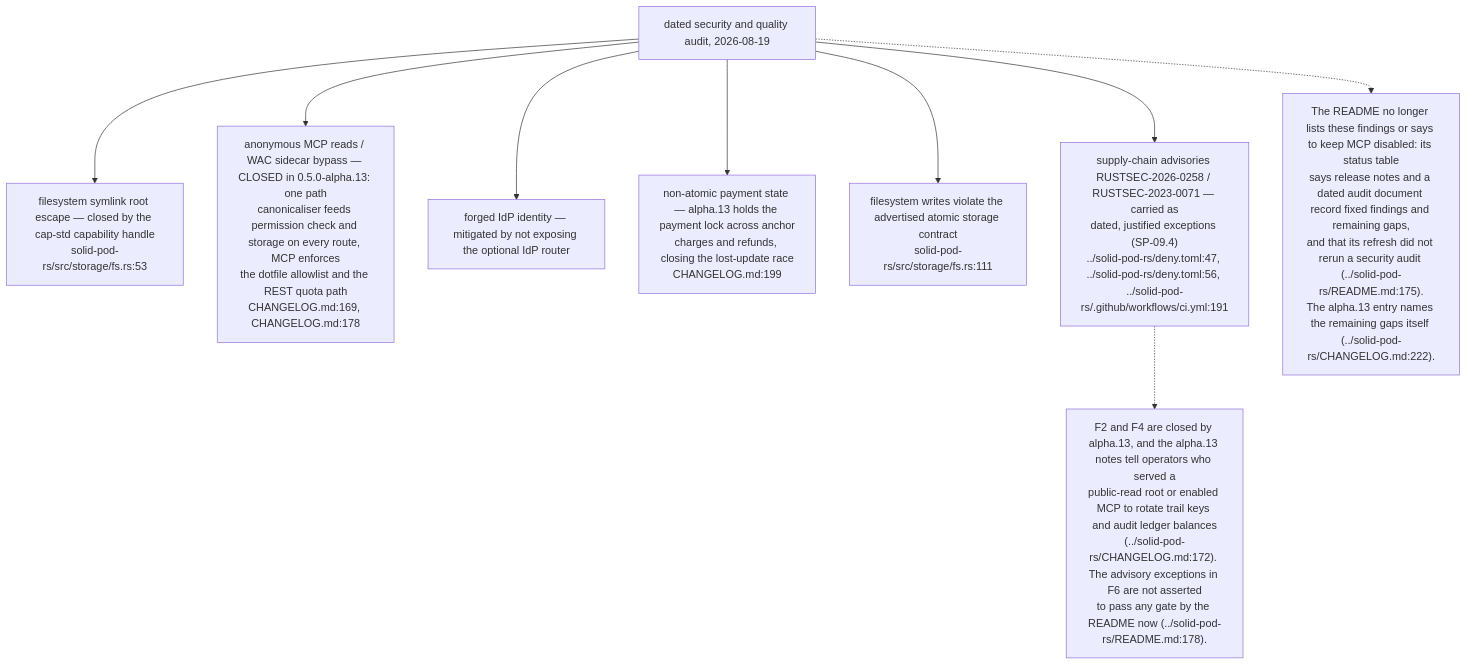
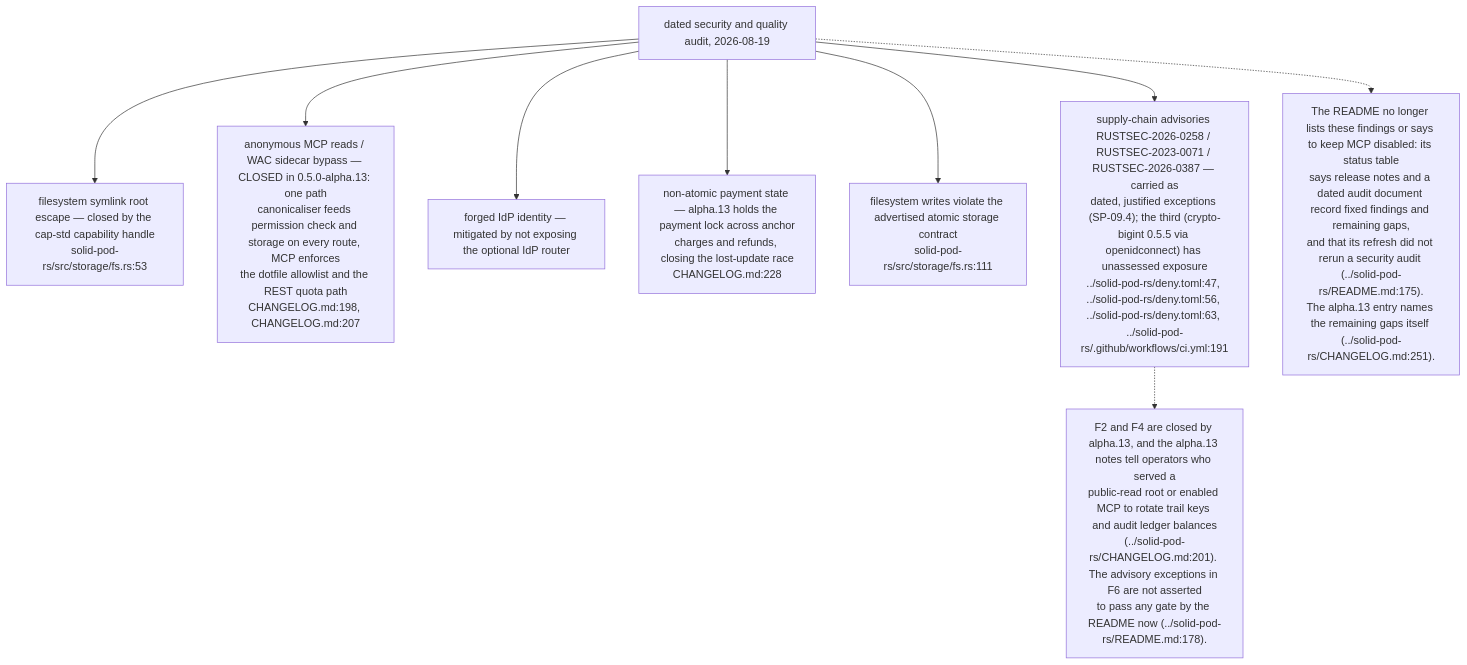
One commit to DreamLab-AI/VisionFlow changed the eighth of 12 diagrams in docs/diagrams/solid-pod-rs/10-failure-modes-and-invariants.md. Above: the diagram before and after it, drawn with Mermaid. The commit also changed other lines of this file and 142 other files, not shown here.

First line of the commit message:
docs(diagrams): one System One route; re-verify 140 topics at today's heads

````diff
--- a/docs/diagrams/solid-pod-rs/10-failure-modes-and-invariants.md
+++ b/docs/diagrams/solid-pod-rs/10-failure-modes-and-invariants.md
@@ -227,22 +227,22 @@
 ```mermaid
 flowchart TD
     A["dated security and quality audit, 2026-08-19"]
     F1["filesystem symlink root escape — closed by the cap-std capability handle<br/>solid-pod-rs/src/storage/fs.rs:53"]
-    F2["anonymous MCP reads / WAC sidecar bypass — CLOSED in 0.5.0-alpha.13: one path<br/>canonicaliser feeds permission check and storage on every route, MCP enforces<br/>the dotfile allowlist and the REST quota path<br/>CHANGELOG.md:169, CHANGELOG.md:178"]
+    F2["anonymous MCP reads / WAC sidecar bypass — CLOSED in 0.5.0-alpha.13: one path<br/>canonicaliser feeds permission check and storage on every route, MCP enforces<br/>the dotfile allowlist and the REST quota path<br/>CHANGELOG.md:198, CHANGELOG.md:207"]
     F3["forged IdP identity — mitigated by not exposing the optional IdP router"]
-    F4["non-atomic payment state — alpha.13 holds the payment lock across anchor<br/>charges and refunds, closing the lost-update race<br/>CHANGELOG.md:199"]
+    F4["non-atomic payment state — alpha.13 holds the payment lock across anchor<br/>charges and refunds, closing the lost-update race<br/>CHANGELOG.md:228"]
     F5["filesystem writes violate the advertised atomic storage contract<br/>solid-pod-rs/src/storage/fs.rs:111"]
-    F6["supply-chain advisories RUSTSEC-2026-0258 / RUSTSEC-2023-0071 — carried as<br/>dated, justified exceptions (SP-09.4)<br/>../solid-pod-rs/deny.toml:47, ../solid-pod-rs/deny.toml:56, ../solid-pod-rs/.github/workflows/ci.yml:191"]
+    F6["supply-chain advisories RUSTSEC-2026-0258 / RUSTSEC-2023-0071 / RUSTSEC-2026-0387 — carried as<br/>dated, justified exceptions (SP-09.4); the third (crypto-bigint 0.5.5 via openidconnect) has unassessed exposure<br/>../solid-pod-rs/deny.toml:47, ../solid-pod-rs/deny.toml:56, ../solid-pod-rs/deny.toml:63, ../solid-pod-rs/.github/workflows/ci.yml:191"]
 
     A --> F1
     A --> F2
     A --> F3
     A --> F4
     A --> F5
     A --> F6
 
-    N["The README no longer lists these findings or says to keep MCP disabled: its status table<br/>says release notes and a dated audit document record fixed findings and remaining gaps,<br/>and that its refresh did not rerun a security audit (../solid-pod-rs/README.md:175).<br/>The alpha.13 entry names the remaining gaps itself (../solid-pod-rs/CHANGELOG.md:222)."]
+    N["The README no longer lists these findings or says to keep MCP disabled: its status table<br/>says release notes and a dated audit document record fixed findings and remaining gaps,<br/>and that its refresh did not rerun a security audit (../solid-pod-rs/README.md:175).<br/>The alpha.13 entry names the remaining gaps itself (../solid-pod-rs/CHANGELOG.md:251)."]
     A -.-> N
-    N2["F2 and F4 are closed by alpha.13, and the alpha.13 notes tell operators who served a<br/>public-read root or enabled MCP to rotate trail keys and audit ledger balances<br/>(../solid-pod-rs/CHANGELOG.md:172). The advisory exceptions in F6 are not asserted<br/>to pass any gate by the README now (../solid-pod-rs/README.md:178)."]
+    N2["F2 and F4 are closed by alpha.13, and the alpha.13 notes tell operators who served a<br/>public-read root or enabled MCP to rotate trail keys and audit ledger balances<br/>(../solid-pod-rs/CHANGELOG.md:201). The advisory exceptions in F6 are not asserted<br/>to pass any gate by the README now (../solid-pod-rs/README.md:178)."]
     F6 -.-> N2
 ```
````
